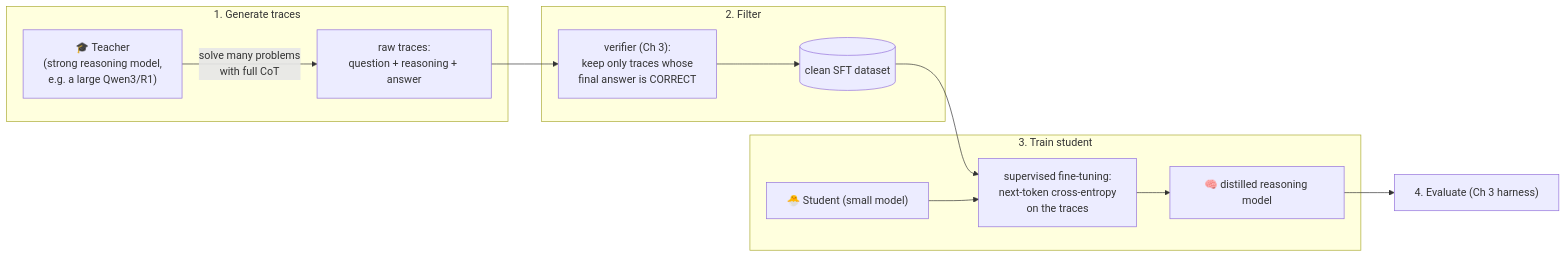
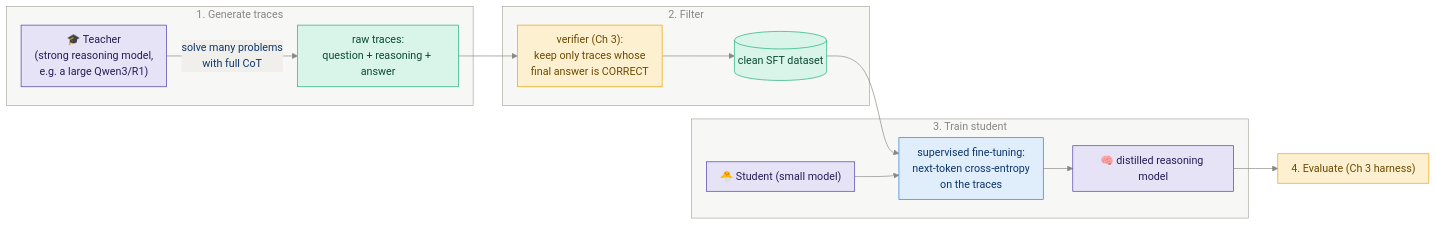
One commit to sudhanshu-shivam-dev/reasoning_model_from_scratch changed the first of 4 diagrams in study_guide/ch08_distillation.md. Above: the diagram before and after it, drawn with Mermaid. The commit also changed other lines of this file and 14 other files, not shown here.

First line of the commit message:
Restyle all 54 diagrams: consistent palette, semantic colors, better spacing

````diff
--- a/study_guide/ch08_distillation.md
+++ b/study_guide/ch08_distillation.md
@@ -14,16 +14,23 @@
 ```mermaid
+%%{init: {"theme":"base","themeVariables":{"primaryColor":"#e0edfb","primaryTextColor":"#0d366b","primaryBorderColor":"#2a78d6","lineColor":"#898781","textColor":"#52514e","edgeLabelBackground":"#f0efec","clusterBkg":"rgba(137,135,129,0.07)","clusterBorder":"#a9a7a0","titleColor":"#898781"},"flowchart":{"nodeSpacing":36,"rankSpacing":44,"curve":"basis","padding":10}}}%%
 flowchart LR
     subgraph GEN["1. Generate traces"]
         T["🎓 Teacher<br/>(strong reasoning model,<br/>e.g. a large Qwen3/R1)"] -->|"solve many problems<br/>with full CoT"| RAW["raw traces:<br/>question + reasoning + answer"]
     end
     subgraph FIL["2. Filter"]
         RAW --> V["verifier (Ch 3):<br/>keep only traces whose<br/>final answer is CORRECT"]
         V --> DS[("clean SFT dataset")]
     end
     subgraph TRAIN["3. Train student"]
         DS --> SFT["supervised fine-tuning:<br/>next-token cross-entropy<br/>on the traces"]
         S["🐣 Student (small model)"] --> SFT
         SFT --> OUT["🧠 distilled reasoning model"]
     end
     OUT --> EV["4. Evaluate (Ch 3 harness)"]
+    classDef model fill:#e6e3f7,stroke:#4a3aa7,color:#251d54
+    classDef data fill:#d9f4e9,stroke:#1baf7a,color:#0b4a33
+    classDef dec fill:#fdf0d1,stroke:#eda100,color:#6b4a00
+    class T,S,OUT model
+    class RAW,DS data
+    class V,EV dec
 ```
````
